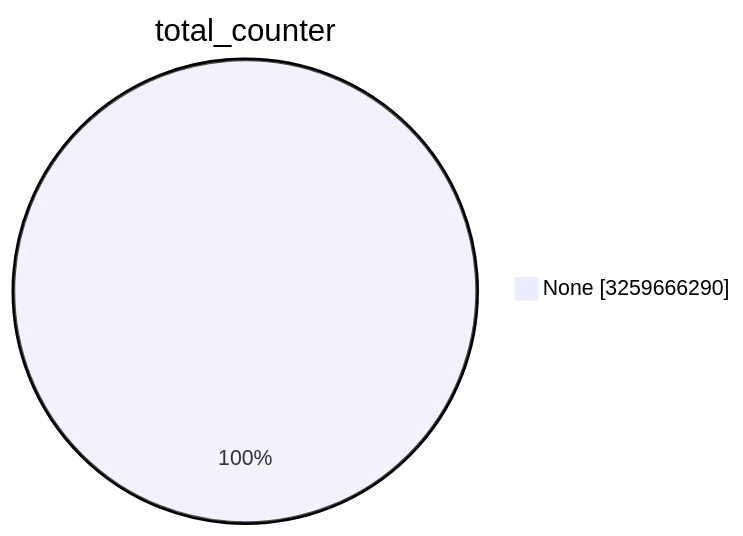
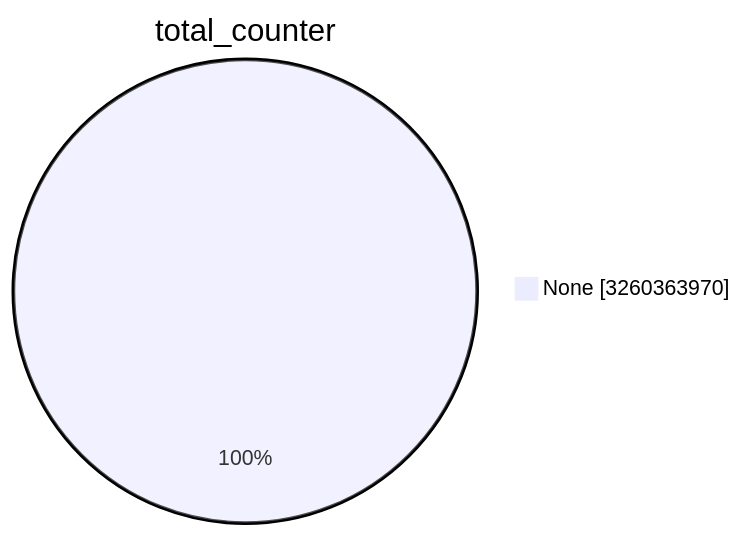
One commit to christiankrug/ctmonitor_visualization changed the first of 15 diagrams in TOTAL/README.md. Above: the diagram before and after it, drawn with Mermaid. The commit also changed other lines of this file, not shown here.

````diff
--- a/TOTAL/README.md
+++ b/TOTAL/README.md
@@ -1,5 +1,5 @@
 ```mermaid
 pie showData
 title total_counter
-"None" :3259666290
+"None" :3260363970
 ```
````
